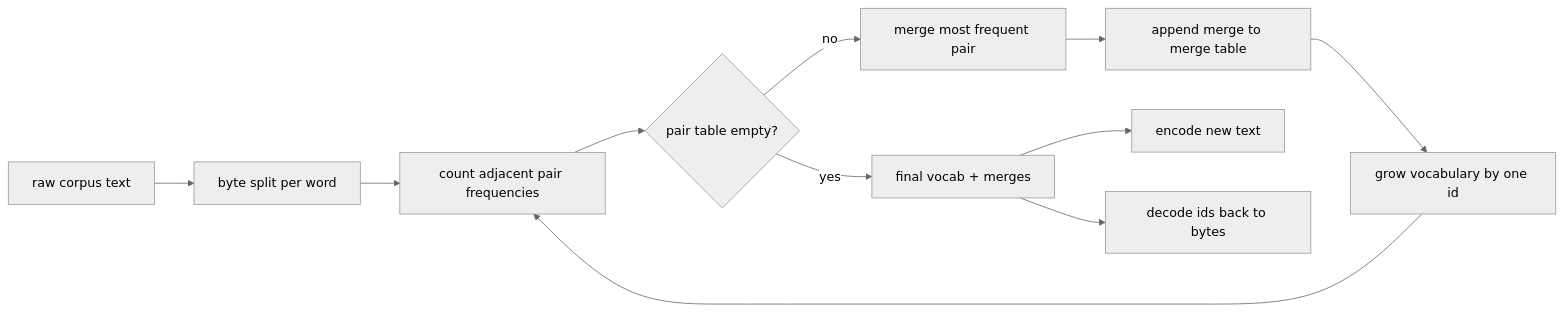
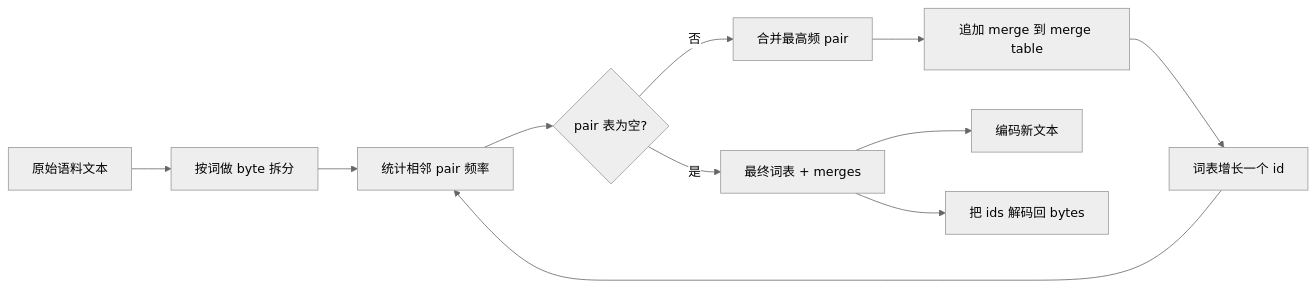
The first of 2 diagrams in phases/19-capstone-projects/30-bpe-tokenizer-from-scratch/docs/zh.md (alessandrodinisio-ai/ai-engineering-learning-framework), drawn with Mermaid (neutral theme) before and after one commit. The commit also changed other lines of this file and 120 other files, not shown here.

First line of the commit message:
i18n(mermaid): 337 个 mermaid 图表标签中文化

````diff
--- a/phases/19-capstone-projects/30-bpe-tokenizer-from-scratch/docs/zh.md
+++ b/phases/19-capstone-projects/30-bpe-tokenizer-from-scratch/docs/zh.md
@@ -27,13 +27,13 @@
 ```mermaid
 flowchart LR
-    A[raw corpus text] --> B[byte split per word]
-    B --> C[count adjacent pair frequencies]
-    C --> D{pair table empty?}
-    D -- no --> E[merge most frequent pair]
-    E --> F[append merge to merge table]
-    F --> G[grow vocabulary by one id]
+    A[原始语料文本] --> B[按词做 byte 拆分]
+    B --> C[统计相邻 pair 频率]
+    C --> D{pair 表为空?}
+    D -- 否 --> E[合并最高频 pair]
+    E --> F[追加 merge 到 merge table]
+    F --> G[词表增长一个 id]
     G --> C
-    D -- yes --> H[final vocab + merges]
-    H --> I[encode new text]
-    H --> J[decode ids back to bytes]
+    D -- 是 --> H[最终词表 + merges]
+    H --> I[编码新文本]
+    H --> J[把 ids 解码回 bytes]
 ```
````
